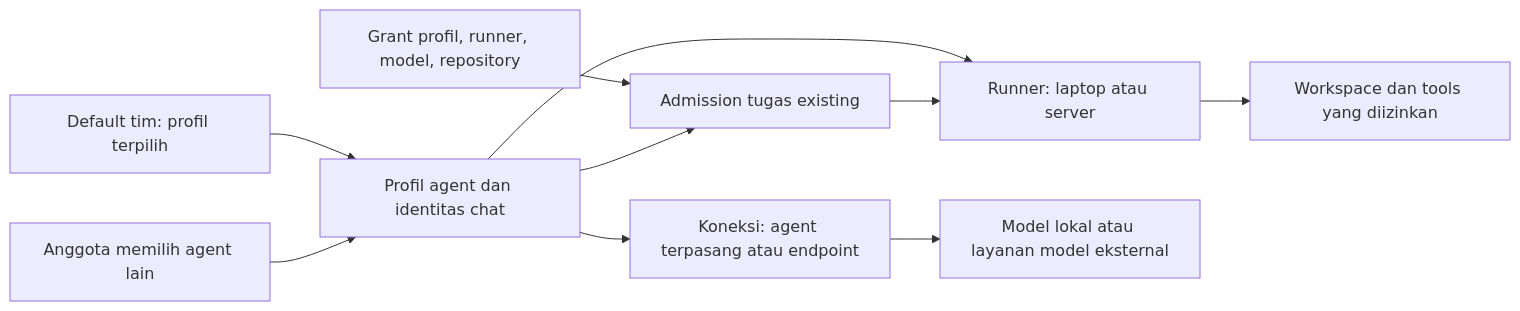
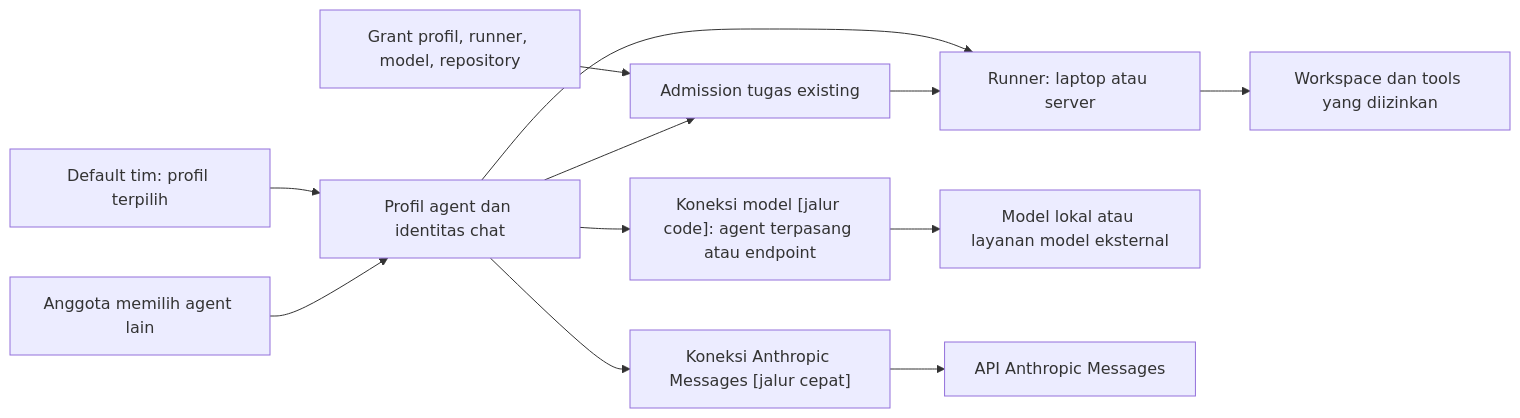
One commit to Growth-Circle/grow-team changed the diagram in internals/docs/spec/2026-09-22-agent-settings-connections-and-team-defaults.md. Above: the diagram before and after it, drawn with Mermaid. The commit also changed other lines of this file and 2 other files, not shown here.

````diff
--- a/internals/docs/spec/2026-09-22-agent-settings-connections-and-team-defaults.md
+++ b/internals/docs/spec/2026-09-22-agent-settings-connections-and-team-defaults.md
@@ -95,12 +78,14 @@
 ```mermaid
 flowchart LR
     D[Default tim: profil terpilih] --> P[Profil agent dan identitas chat]
     U[Anggota memilih agent lain] --> P
     P --> R[Runner: laptop atau server]
-    P --> C[Koneksi: agent terpasang atau endpoint]
+    P --> C["Koneksi model [jalur code]: agent terpasang atau endpoint"]
+    P --> FC["Koneksi Anthropic Messages [jalur cepat]"]
     C --> M[Model lokal atau layanan model eksternal]
+    FC --> AM[API Anthropic Messages]
     R --> W[Workspace dan tools yang diizinkan]
     G[Grant profil, runner, model, repository] --> J[Admission tugas existing]
     P --> J
     J --> R
 ```
````
